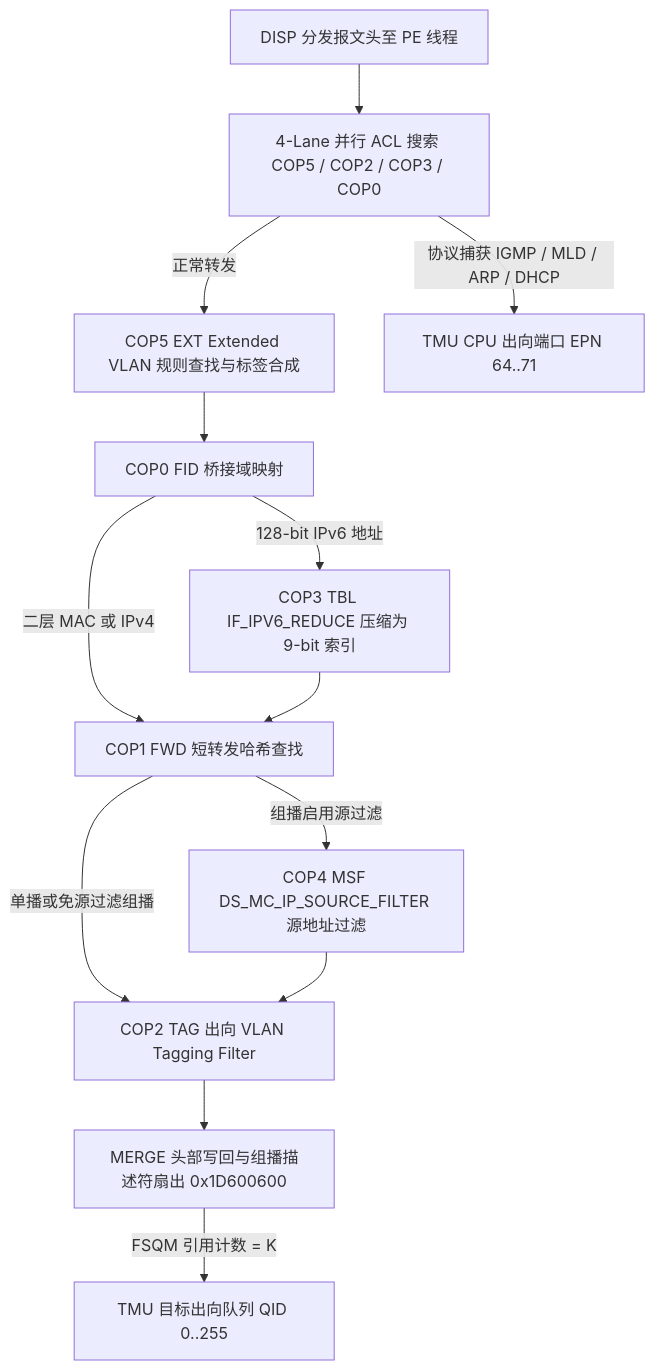
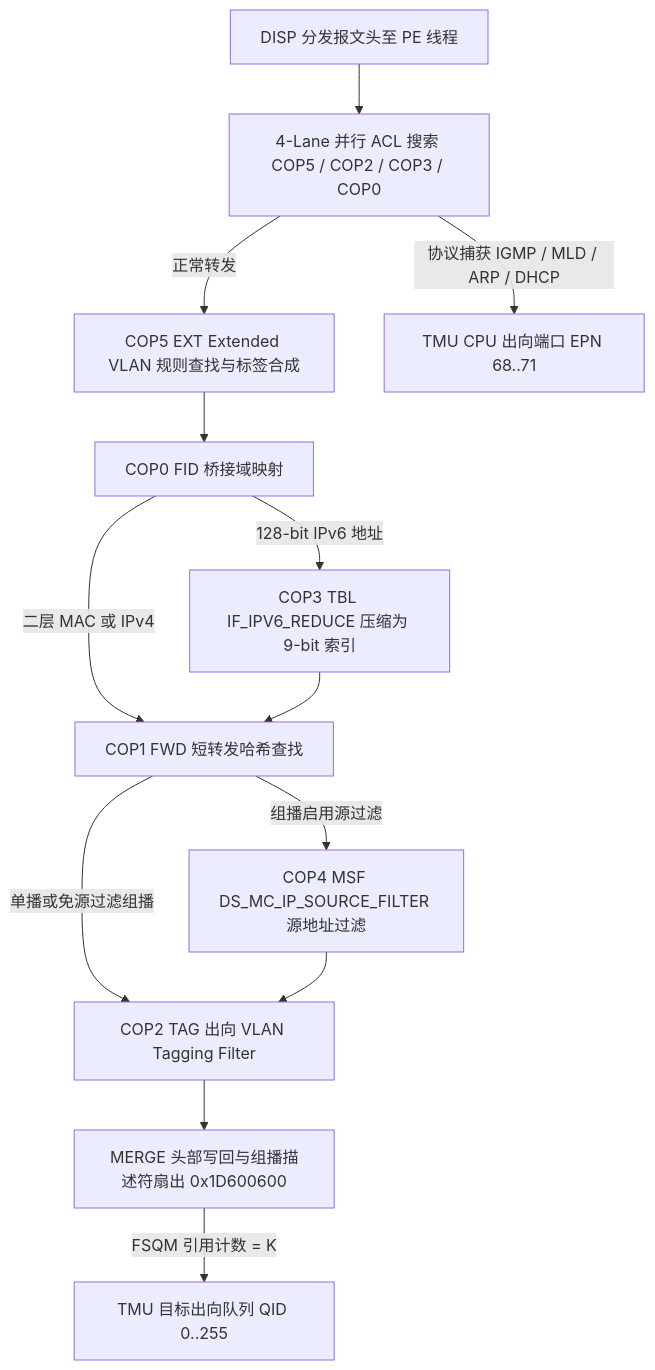
The diagram in 08_data_flow/04_vlan_and_qos_processing.md (difanz/lantiq-falcon-s-docs), drawn with Mermaid before and after one commit. The commit also changed other lines of this file and 52 other files, not shown here.

````diff
--- a/08_data_flow/04_vlan_and_qos_processing.md
+++ b/08_data_flow/04_vlan_and_qos_processing.md
@@ -5,15 +5,15 @@
 ```mermaid
 flowchart TD
     PKT_IN["DISP 分发报文头至 PE 线程"] --> ACL_STAGE["4-Lane 并行 ACL 搜索 COP5 / COP2 / COP3 / COP0"]
     ACL_STAGE -->|正常转发| EXTVLAN_STAGE["COP5 EXT Extended VLAN 规则查找与标签合成"]
-    ACL_STAGE -->|协议捕获 IGMP / MLD / ARP / DHCP| CPU_Q["TMU CPU 出向端口 EPN 64..71"]
+    ACL_STAGE -->|协议捕获 IGMP / MLD / ARP / DHCP| CPU_Q["TMU CPU 出向端口 EPN 68..71"]
     EXTVLAN_STAGE --> FID_STAGE["COP0 FID 桥接域映射"]
     FID_STAGE -->|二层 MAC 或 IPv4| FWD_STAGE["COP1 FWD 短转发哈希查找"]
     FID_STAGE -->|128-bit IPv6 地址| IPV6_RED["COP3 TBL IF_IPV6_REDUCE 压缩为 9-bit 索引"]
     IPV6_RED --> FWD_STAGE
     FWD_STAGE -->|组播启用源过滤| MSF_STAGE["COP4 MSF DS_MC_IP_SOURCE_FILTER 源地址过滤"]
     FWD_STAGE -->|单播或免源过滤组播| TAG_STAGE["COP2 TAG 出向 VLAN Tagging Filter"]
     MSF_STAGE --> TAG_STAGE
     TAG_STAGE --> MERGE_STAGE["MERGE 头部写回与组播描述符扇出 0x1D600600"]
     MERGE_STAGE -->|FSQM 引用计数 = K| TMU_Q["TMU 目标出向队列 QID 0..255"]
 ```
````
